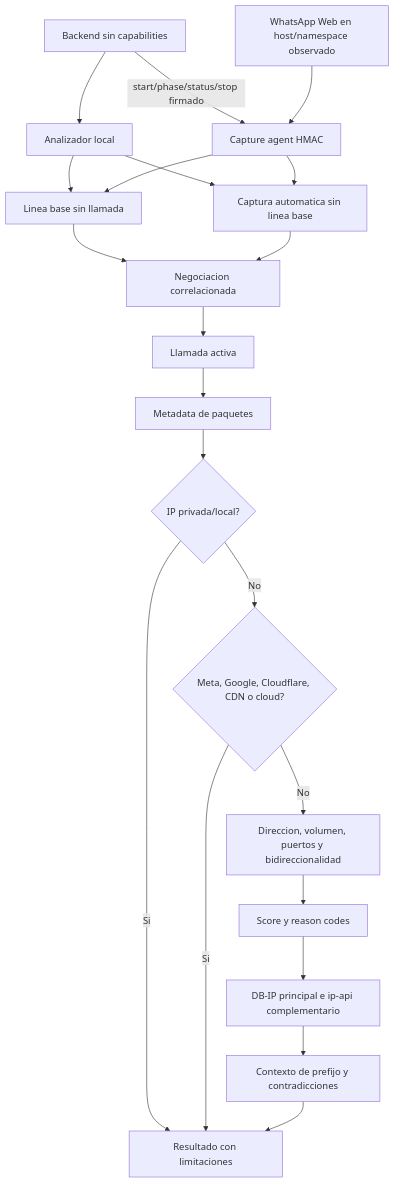
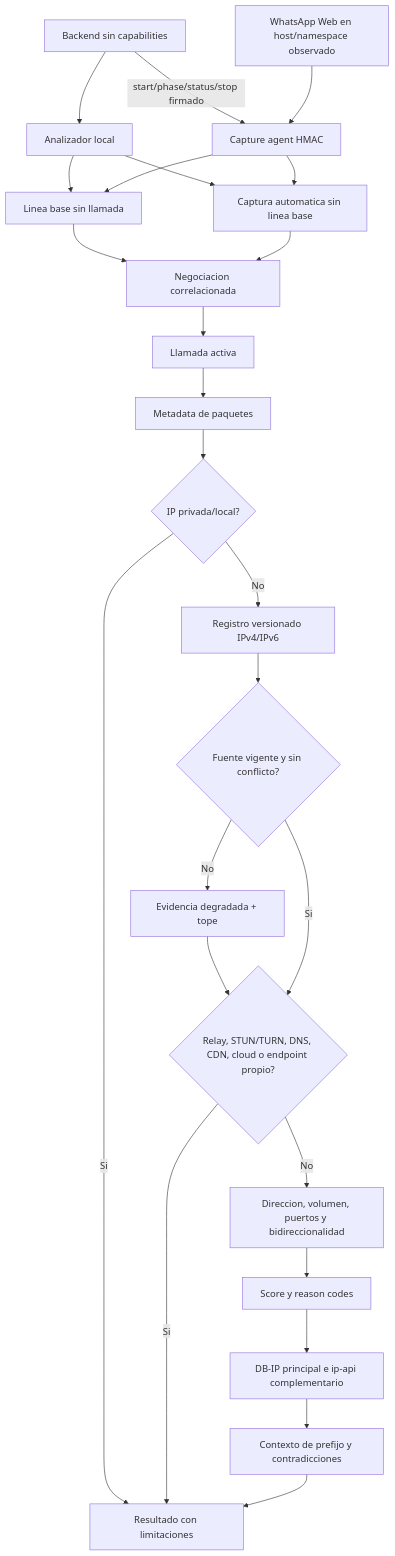
The diagram in docs/diagrams/08-call-analysis.md (deco31416/wp-monitor), drawn with Mermaid before and after one commit. The commit also changed other lines of this file and 22 other files, not shown here.

````diff
--- a/docs/diagrams/08-call-analysis.md
+++ b/docs/diagrams/08-call-analysis.md
@@ -9,31 +9,36 @@
 ```mermaid
 flowchart TD
     Browser[WhatsApp Web en host/namespace observado]
     Backend[Backend sin capabilities]
     Local[Analizador local]
     Agent[Capture agent HMAC]
     Baseline[Linea base sin llamada]
     Negotiation[Negociacion correlacionada]
     Active[Llamada activa]
     Auto[Captura automatica sin linea base]
     Packets[Metadata de paquetes]
     Private{IP privada/local?}
-    Known{Meta, Google, Cloudflare, CDN o cloud?}
+    Registry[Registro versionado IPv4/IPv6]
+    Fresh{Fuente vigente y sin conflicto?}
+    Known{Relay, STUN/TURN, DNS, CDN, cloud o endpoint propio?}
+    Degraded[Evidencia degradada + tope]
     Flow[Direccion, volumen, puertos y bidireccionalidad]
     Score[Score y reason codes]
     Geo[DB-IP principal e ip-api complementario]
     Consistency[Contexto de prefijo y contradicciones]
     Result[Resultado con limitaciones]
 
     Backend -->|start/phase/status/stop firmado| Agent
     Backend --> Local
     Browser --> Agent
     Local --> Baseline --> Negotiation --> Active --> Packets --> Private
     Local --> Auto --> Negotiation
     Agent --> Baseline
     Agent --> Auto
     Private -->|Si| Result
-    Private -->|No| Known
+    Private -->|No| Registry --> Fresh
+    Fresh -->|No| Degraded --> Known
+    Fresh -->|Si| Known
     Known -->|Si| Result
     Known -->|No| Flow --> Score --> Geo --> Consistency --> Result
 ```
````
